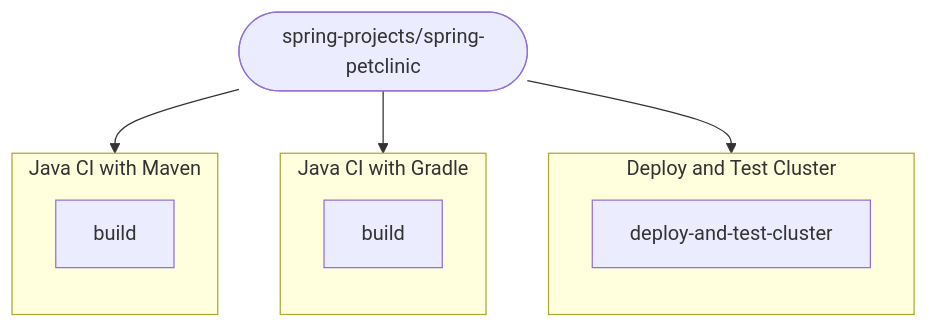
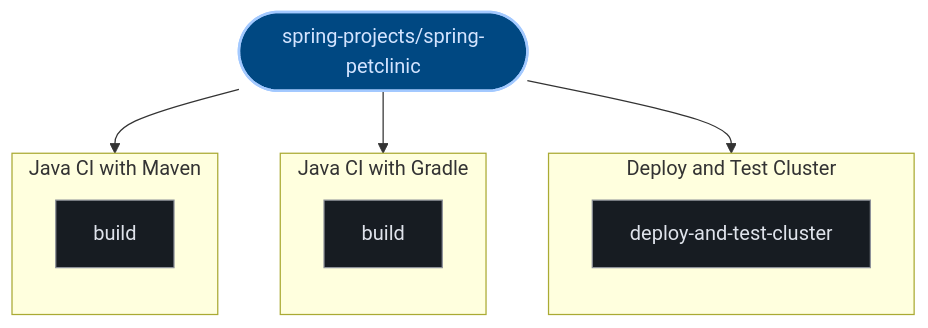
One commit to kumarshaz/atruss-code-atlas changed the third of 3 diagrams in exports/latest/reports/spring-projects-spring-petclinic-report.md. Above: the diagram before and after it, drawn with Mermaid. The commit also changed other lines of this file and 331 other files, not shown here.

Commit message:
docs,ui,fix: update SDLC docs, reorder CI/CD DAG first, stylize Mermaid, and fix Arc42 pipeline topology

````diff
--- a/exports/latest/reports/spring-projects-spring-petclinic-report.md
+++ b/exports/latest/reports/spring-projects-spring-petclinic-report.md
@@ -197,19 +208,26 @@
 ```mermaid
 graph TD;
-  pipeline_root(["spring-projects/spring-petclinic"])
+  classDef atlasRoot fill:#004882,stroke:#a3c9ff,stroke-width:2px,color:#d3e4ff
+  classDef atlasCategory fill:#212428,stroke:#E87A48,stroke-width:1.5px,color:#dfe3eb
+  classDef atlasWorkflow fill:#1b2026,stroke:#a3c9ff,stroke-width:1.5px,color:#dfe3eb
+  classDef atlasJob fill:#171c22,stroke:#8d9199,stroke-width:1px,color:#dfe3eb
+  classDef atlasTarget fill:#005227,stroke:#8bd99b,stroke-width:1.5px,color:#a7f6b6
+  classDef atlasAlert fill:#93000a,stroke:#ffb4ab,stroke-width:1.5px,color:#ffdad6
+  classDef atlasMore fill:#252a31,stroke:#8d9199,stroke-dasharray:4 4,color:#c3c6cf
+  pipeline_root(["spring-projects/spring-petclinic"]):::atlasRoot
   subgraph Deploy_and_Test_Cluster_0["Deploy and Test Cluster"]
     direction TB
-    0_deploy_and_test_cluster["deploy-and-test-cluster"]
+    0_deploy_and_test_cluster["deploy-and-test-cluster"]:::atlasJob
   end
   pipeline_root --> 0_deploy_and_test_cluster
   subgraph Java_CI_with_Gradle_1["Java CI with Gradle"]
     direction TB
-    1_build["build"]
+    1_build["build"]:::atlasJob
   end
   pipeline_root --> 1_build
   subgraph Java_CI_with_Maven_2["Java CI with Maven"]
     direction TB
-    2_build["build"]
+    2_build["build"]:::atlasJob
   end
   pipeline_root --> 2_build
 ```
````
